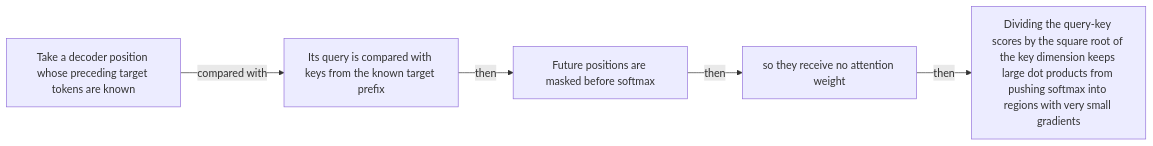
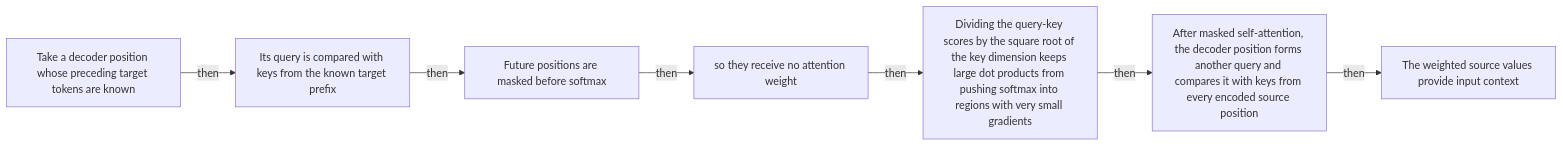
Diagram 22 of 54 in docs/visual-manifests/VISUAL_MANIFEST_ATTENTION_IS_ALL_YOU_NEED.md (Betancourt1/paper_atlas), drawn with Mermaid before and after one commit. The commit also changed other lines of this file and 7 other files, not shown here.

````diff
--- a/docs/visual-manifests/VISUAL_MANIFEST_ATTENTION_IS_ALL_YOU_NEED.md
+++ b/docs/visual-manifests/VISUAL_MANIFEST_ATTENTION_IS_ALL_YOU_NEED.md
@@ -1757,12 +1754,16 @@
 ```mermaid
 flowchart LR
   n1["Take a decoder position whose preceding target tokens are known"]
   n2["Its query is compared with keys from the known target prefix"]
   n3["Future positions are masked before softmax"]
   n4["so they receive no attention weight"]
   n5["Dividing the query-key scores by the square root of the key dimension keeps large dot products from pushing softmax into regions with very small gradients"]
-  n1 -->|"compared with"| n2
+  n6["After masked self-attention, the decoder position forms another query and compares it with keys from every encoded source position"]
+  n7["The weighted source values provide input context"]
+  n1 -->|"then"| n2
   n2 -->|"then"| n3
   n3 -->|"then"| n4
   n4 -->|"then"| n5
+  n5 -->|"then"| n6
+  n6 -->|"then"| n7
 ```
````
